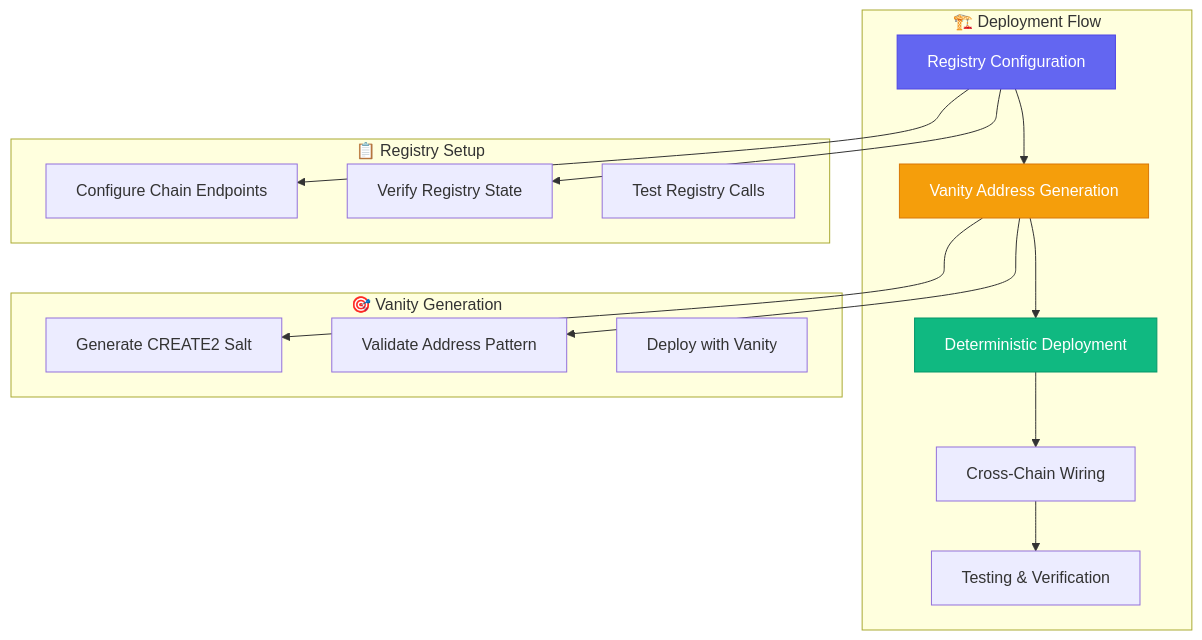
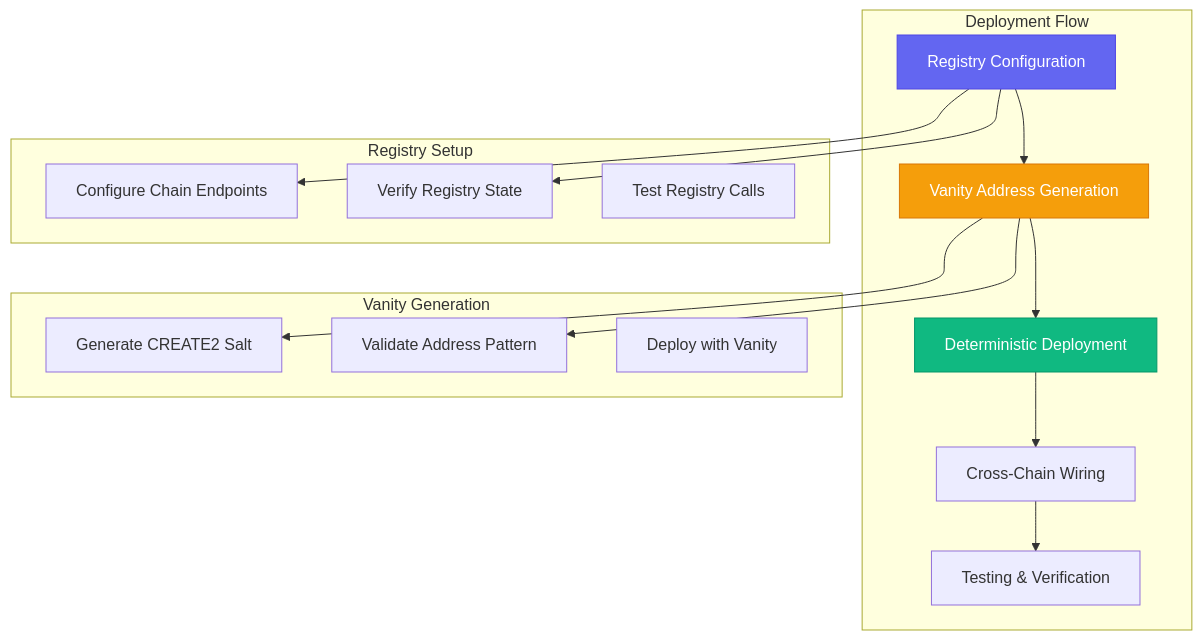
Before and after one commit to 47-Eagle/docs: the diagram in docs/dev/deployment.md, drawn with Mermaid. The commit also changed other lines of this file and 2 other files, not shown here.

Commit message:
Complete emoji cleanup and update logo with final design
Logo Updates:
- Replace logo with latest design from IPFS: https://tomato-abundant-urial-204.mypinata.cloud/ipfs/bafkreicna42s5lzxiu3nh5bmvea3kvo5n3lihi73lm2fbrz7dicwziogla
- Updated eagle-logo.svg with final branding

Emoji Removal (Professional Documentation):
- docs/dev/architecture.md: Remove 15 emojis from Mermaid diagrams and content
- docs/dev/deployment.md: Remove 6 emojis from deployment flows
- docs/concepts/layerzero-integration.md: Remove 18 emojis from headers and content
- Clean professional appearance across all developer documentation
- Maintain content structure while removing decorative emojis

````diff
--- a/docs/dev/deployment.md
+++ b/docs/dev/deployment.md
@@ -60,36 +60,36 @@
 ```mermaid
 graph TD
-    subgraph "🏗️ Deployment Flow"
+    subgraph "Deployment Flow"
         R[Registry Configuration]
         V[Vanity Address Generation] 
         D[Deterministic Deployment]
         W[Cross-Chain Wiring]
         T[Testing & Verification]
     end
     
-    subgraph "📋 Registry Setup"
+    subgraph "Registry Setup"
         RC[Configure Chain Endpoints]
         RV[Verify Registry State]
         RT[Test Registry Calls]
     end
     
-    subgraph "🎯 Vanity Generation"
+    subgraph "Vanity Generation"
         VG[Generate CREATE2 Salt]
         VA[Validate Address Pattern]
         VD[Deploy with Vanity]
     end
     
     R --> V
     V --> D  
     D --> W
     W --> T
     
     R --> RC
     R --> RV
     V --> VG
     V --> VA
     
     style R fill:#6366f1,stroke:#4f46e5,color:#fff
     style V fill:#f59e0b,stroke:#d97706,color:#fff
     style D fill:#10b981,stroke:#059669,color:#fff
 ```
````
